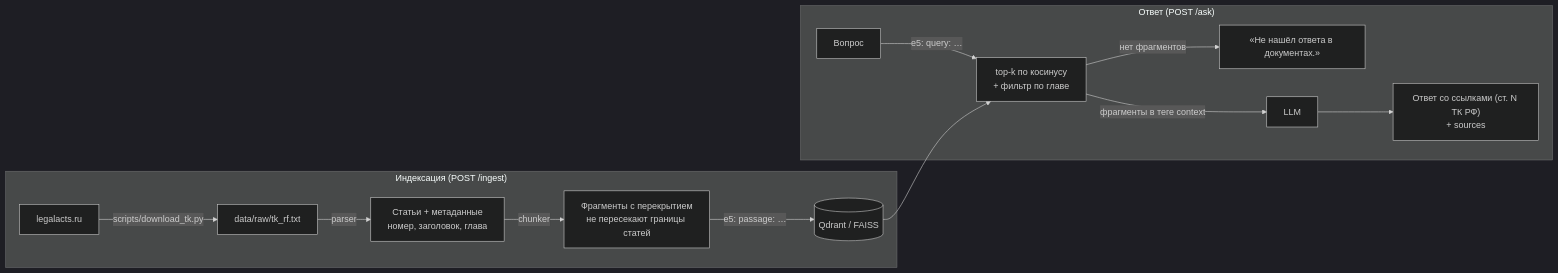
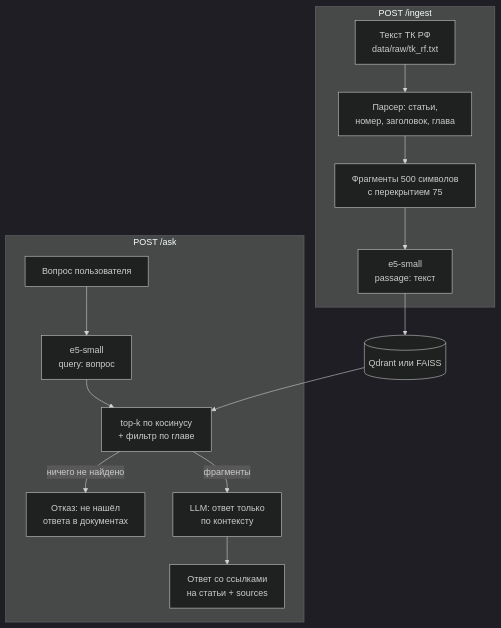
The diagram in README.md (alekseevpavel04/tk-rf-rag), drawn with Mermaid (dark theme) before and after one commit.

Commit message:
docs: make pipeline diagram readable on GitHub
The LR layout with two wide subgraphs was scaled down to unreadable size; vertical layout with short labels, checked by rendering with mermaid-cli.

````diff
--- a/README.md
+++ b/README.md
@@ -15,16 +15,20 @@
 ```mermaid
-flowchart LR
-    subgraph Ingest["Индексация (POST /ingest)"]
-        A[legalacts.ru] -->|scripts/download_tk.py| B[data/raw/tk_rf.txt]
-        B -->|parser| C["Статьи + метаданные<br/>номер, заголовок, глава"]
-        C -->|chunker| D["Фрагменты с перекрытием<br/>не пересекают границы статей"]
-        D -->|"e5: passage: …"| E[(Qdrant / FAISS)]
+flowchart TD
+    subgraph ingest ["POST /ingest"]
+        A["Текст ТК РФ<br/>data/raw/tk_rf.txt"] --> B["Парсер: статьи,<br/>номер, заголовок, глава"]
+        B --> C["Фрагменты 500 символов<br/>с перекрытием 75"]
+        C --> D["e5-small<br/>passage: текст"]
     end
-    subgraph Ask["Ответ (POST /ask)"]
-        Q[Вопрос] -->|"e5: query: …"| R["top-k по косинусу<br/>+ фильтр по главе"]
-        E --> R
-        R -->|нет фрагментов| X["«Не нашёл ответа в документах.»"]
-        R -->|фрагменты в теге context| L[LLM]
-        L --> O["Ответ со ссылками (ст. N ТК РФ)<br/>+ sources"]
+
+    D --> E[("Qdrant или FAISS")]
+
+    subgraph ask ["POST /ask"]
+        Q["Вопрос пользователя"] --> R["e5-small<br/>query: вопрос"]
+        R --> S["top-k по косинусу<br/>+ фильтр по главе"]
+        S -->|"ничего не найдено"| X["Отказ: не нашёл<br/>ответа в документах"]
+        S -->|"фрагменты"| L["LLM: ответ только<br/>по контексту"]
+        L --> O["Ответ со ссылками<br/>на статьи + sources"]
     end
+
+    E --> S
 ```
````
